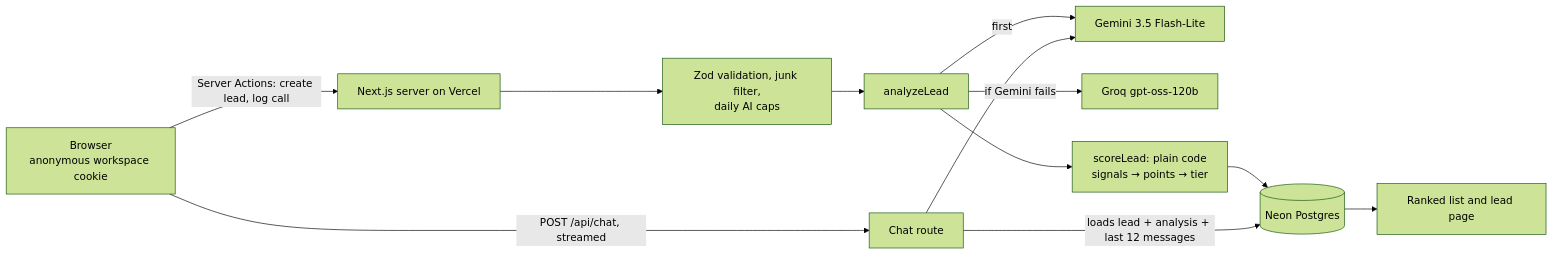
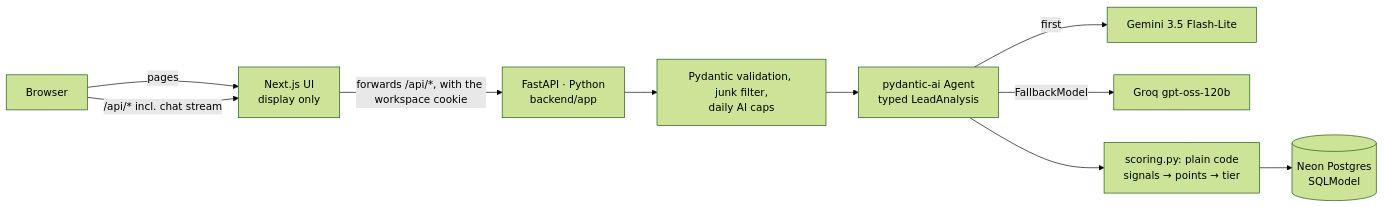
Before and after one commit to AmanDataGuy/lead-triage-copilot: the diagram in README.md, drawn with Mermaid (forest theme). The commit also changed other lines of this file, not shown here.

Commit message:
docs: describe the python api, tests, eval results and two-project deploy

````diff
--- a/README.md
+++ b/README.md
@@ -44,14 +44,12 @@
 ```mermaid
 flowchart LR
-  B[Browser<br/>anonymous workspace cookie] -->|Server Actions: create lead, log call| S[Next.js server on Vercel]
-  B -->|POST /api/chat, streamed| C[Chat route]
-  S --> V[Zod validation, junk filter,<br/>daily AI caps]
-  V --> A[analyzeLead]
-  A -->|first| G[Gemini 3.5 Flash-Lite]
-  A -->|if Gemini fails| Q[Groq gpt-oss-120b]
-  A --> SC[scoreLead: plain code<br/>signals → points → tier]
-  SC --> DB[(Neon Postgres)]
-  C -->|loads lead + analysis + last 12 messages| DB
-  C --> G
-  DB --> UI[Ranked list and lead page]
+  B[Browser] -->|pages| N[Next.js UI<br/>display only]
+  B -->|/api/* incl. chat stream| N
+  N -->|forwards /api/*, with the workspace cookie| A[FastAPI · Python<br/>backend/app]
+  A --> V[Pydantic validation, junk filter,<br/>daily AI caps]
+  V --> AG[pydantic-ai Agent<br/>typed LeadAnalysis]
+  AG -->|first| G[Gemini 3.5 Flash-Lite]
+  AG -->|FallbackModel| Q[Groq gpt-oss-120b]
+  AG --> SC[scoring.py: plain code<br/>signals → points → tier]
+  SC --> DB[(Neon Postgres<br/>SQLModel)]
 ```
````
